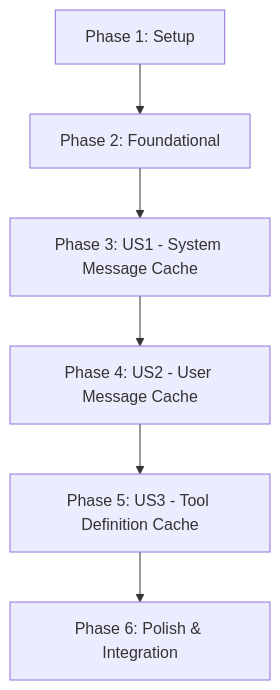
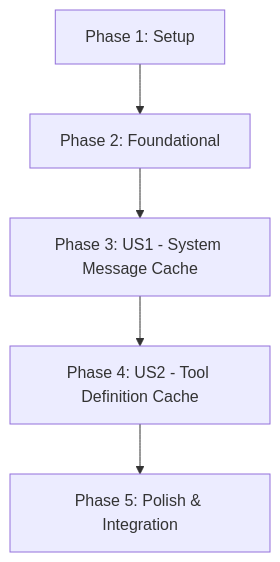
One commit to netease-lcap/wave-agent changed the diagram in specs/021-prompt-cache-control/tasks.md. Above: the diagram before and after it, drawn with Mermaid. The commit also changed other lines of this file and 8 other files, not shown here.

First line of the commit message:
fix: remove unused addCacheControlToLastToolCall function

````diff
--- a/specs/021-prompt-cache-control/tasks.md
+++ b/specs/021-prompt-cache-control/tasks.md
@@ -23,8 +22,7 @@
 ```mermaid
 graph TD
     Setup[Phase 1: Setup] --> Foundational[Phase 2: Foundational]
     Foundational --> US1[Phase 3: US1 - System Message Cache]
-    US1 --> US2[Phase 4: US2 - User Message Cache]
-    US2 --> US3[Phase 5: US3 - Tool Definition Cache]
-    US3 --> Polish[Phase 6: Polish & Integration]
+    US1 --> US2[Phase 4: US2 - Tool Definition Cache]
+    US2 --> Polish[Phase 5: Polish & Integration]
 ```
````
